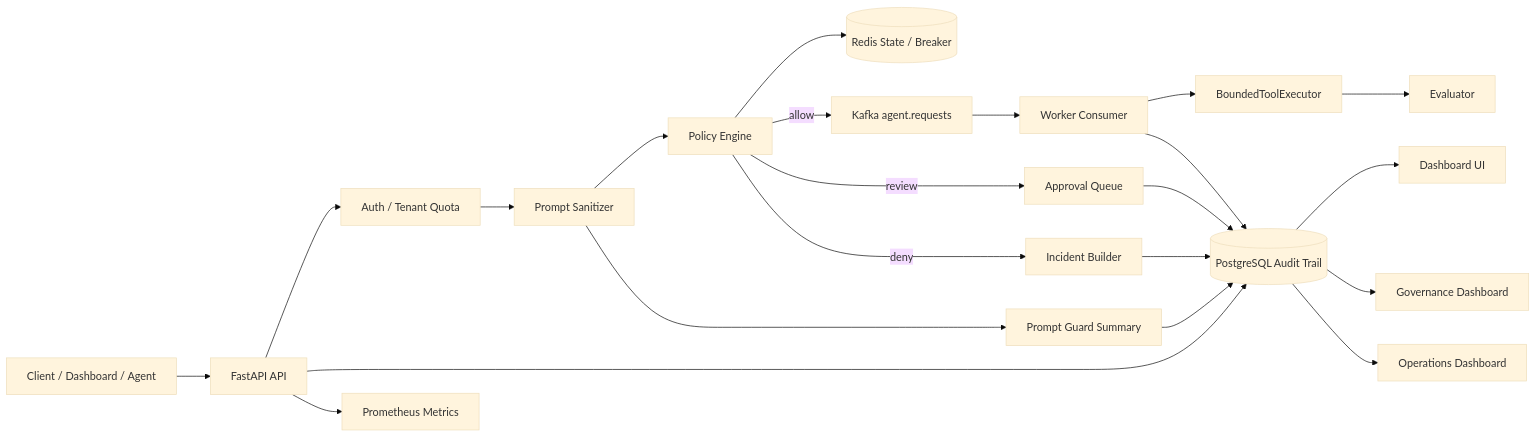
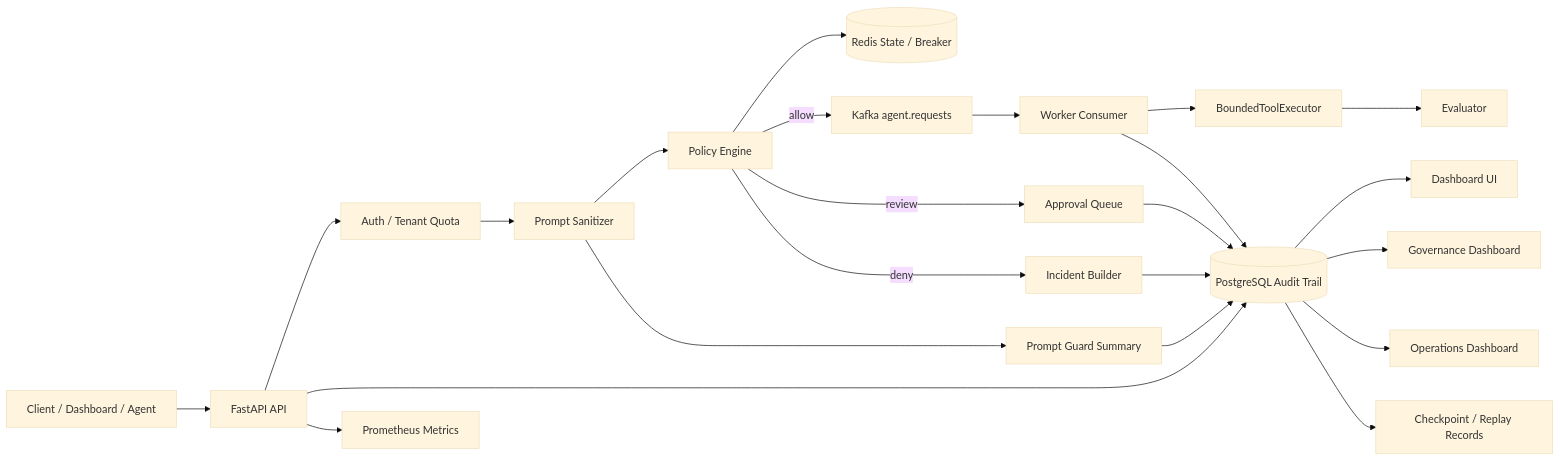
The first of 2 diagrams in docs/architecture.md (leo459028/RewardHacking), drawn with Mermaid (base theme) before and after one commit. The commit also changed other lines of this file and 33 other files, not shown here.

Commit message:
v1.4-checkpoint-replay

````diff
--- a/docs/architecture.md
+++ b/docs/architecture.md
@@ -19,24 +21,25 @@
 ```mermaid
 flowchart LR
   C["Client / Dashboard / Agent"] --> A["FastAPI API"]
   A --> G["Auth / Tenant Quota"]
   G --> S["Prompt Sanitizer"]
   S --> P["Policy Engine"]
   P --> R[("Redis State / Breaker")]
   P -->|allow| K["Kafka agent.requests"]
   P -->|review| Q["Approval Queue"]
   P -->|deny| I["Incident Builder"]
   K --> W["Worker Consumer"]
   W --> X["BoundedToolExecutor"]
   X --> E["Evaluator"]
   A --> DB[("PostgreSQL Audit Trail")]
   W --> DB
   Q --> DB
   I --> DB
   DB --> UI["Dashboard UI"]
   DB --> GD["Governance Dashboard"]
   DB --> OP["Operations Dashboard"]
   S --> PG["Prompt Guard Summary"]
   PG --> DB
   A --> M["Prometheus Metrics"]
+  DB --> CP["Checkpoint / Replay Records"]
 ```
````
